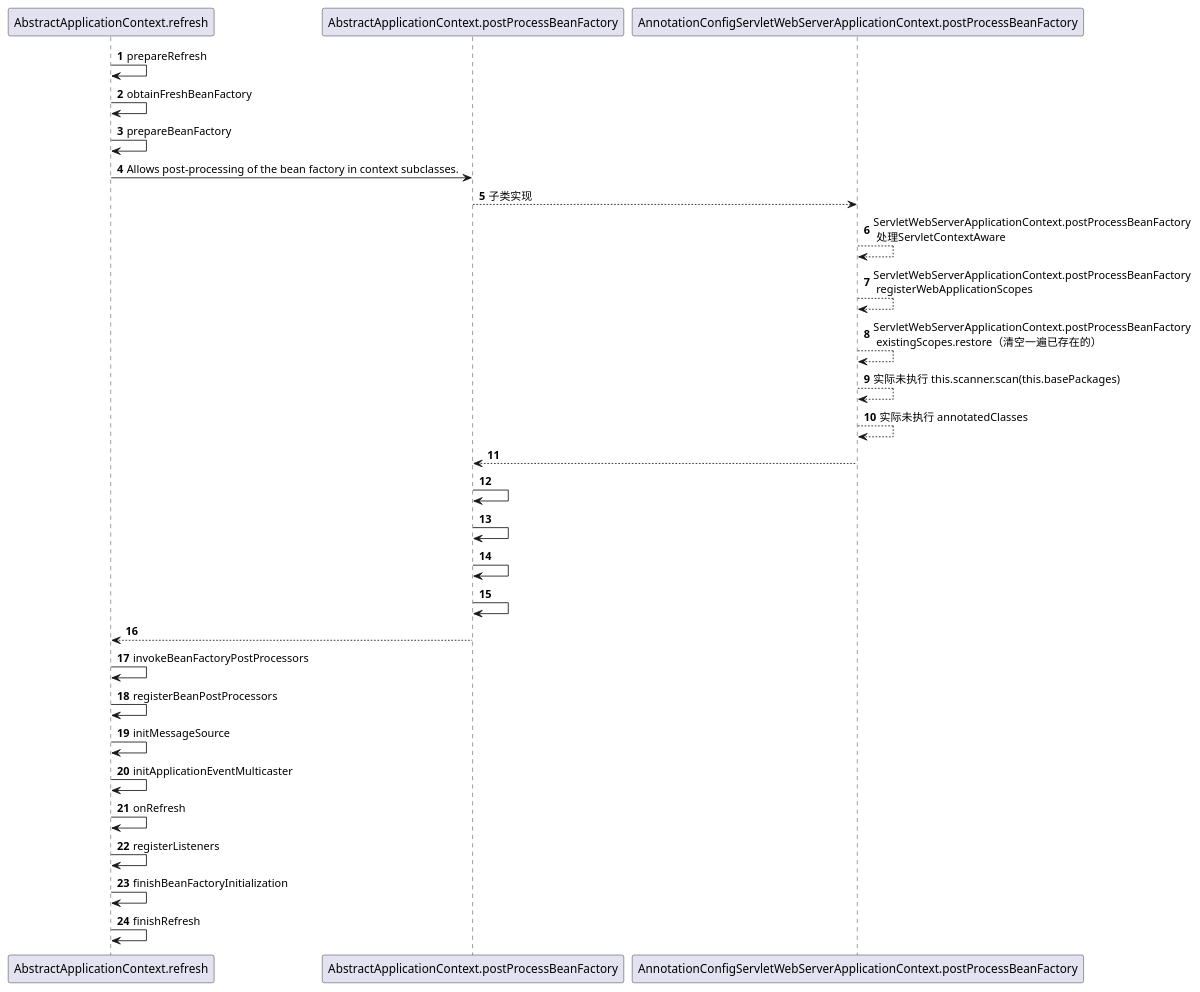
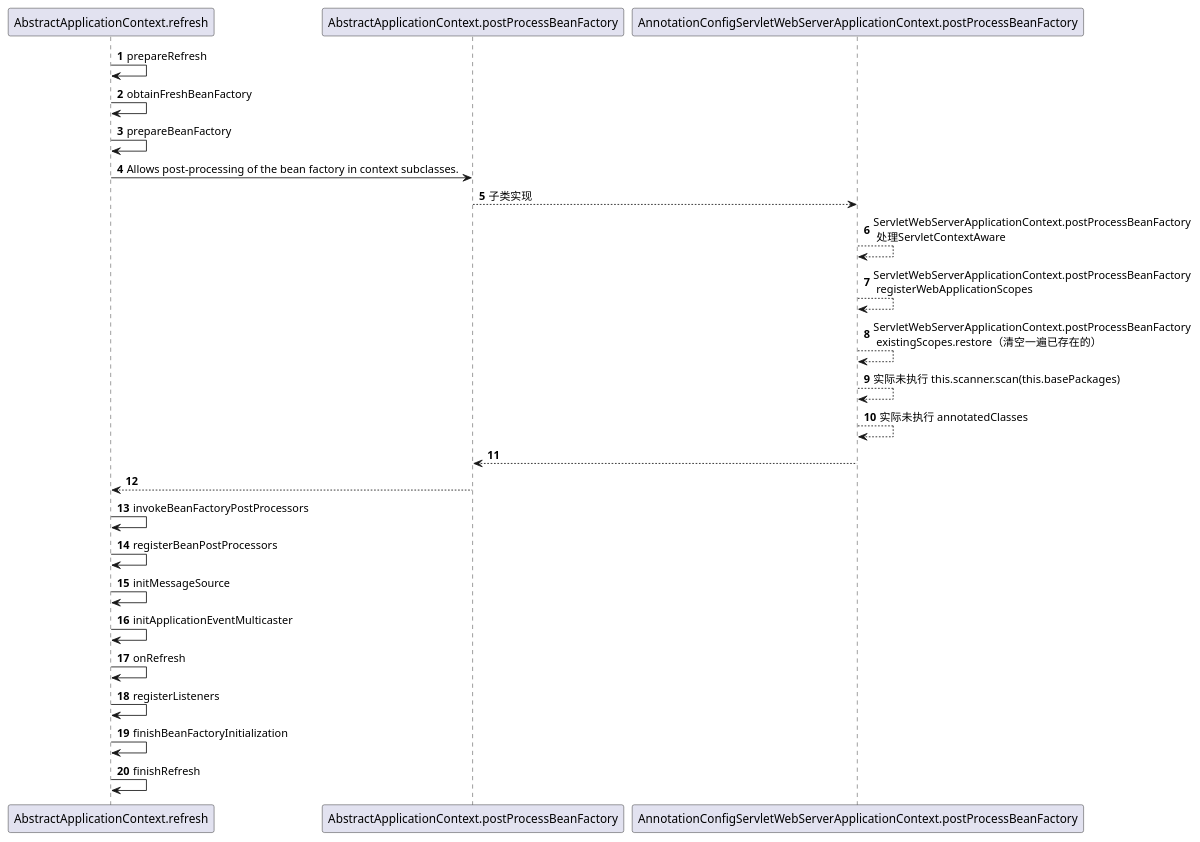
The diagram in design/spring/Starter 3-3 Post Process BeanFactory.puml (walklown/daily-code), drawn with PlantUML before and after one commit. The commit also changed 10 other files, not shown here.

Commit message:
增加BeanFactoryPostProcessor处理

```diff
--- a/design/spring/Starter 3-3 Post Process BeanFactory.puml
+++ b/design/spring/Starter 3-3 Post Process BeanFactory.puml
@@ -1,31 +1,27 @@
 @startuml
 'https://plantuml.com/sequence-diagram
 
 autonumber
 
 AbstractApplicationContext.refresh -> AbstractApplicationContext.refresh : prepareRefresh
 AbstractApplicationContext.refresh -> AbstractApplicationContext.refresh : obtainFreshBeanFactory
 AbstractApplicationContext.refresh -> AbstractApplicationContext.refresh : prepareBeanFactory
 AbstractApplicationContext.refresh -> AbstractApplicationContext.postProcessBeanFactory : Allows post-processing of the bean factory in context subclasses.
 AbstractApplicationContext.postProcessBeanFactory --> AnnotationConfigServletWebServerApplicationContext.postProcessBeanFactory : 子类实现
 AnnotationConfigServletWebServerApplicationContext.postProcessBeanFactory --> AnnotationConfigServletWebServerApplicationContext.postProcessBeanFactory : ServletWebServerApplicationContext.postProcessBeanFactory\n 处理ServletContextAware
 AnnotationConfigServletWebServerApplicationContext.postProcessBeanFactory --> AnnotationConfigServletWebServerApplicationContext.postProcessBeanFactory : ServletWebServerApplicationContext.postProcessBeanFactory\n registerWebApplicationScopes
 AnnotationConfigServletWebServerApplicationContext.postProcessBeanFactory --> AnnotationConfigServletWebServerApplicationContext.postProcessBeanFactory : ServletWebServerApplicationContext.postProcessBeanFactory\n existingScopes.restore（清空一遍已存在的）
 AnnotationConfigServletWebServerApplicationContext.postProcessBeanFactory --> AnnotationConfigServletWebServerApplicationContext.postProcessBeanFactory : 实际未执行 this.scanner.scan(this.basePackages)
 AnnotationConfigServletWebServerApplicationContext.postProcessBeanFactory --> AnnotationConfigServletWebServerApplicationContext.postProcessBeanFactory : 实际未执行 annotatedClasses
 AnnotationConfigServletWebServerApplicationContext.postProcessBeanFactory --> AbstractApplicationContext.postProcessBeanFactory :
-AbstractApplicationContext.postProcessBeanFactory -> AbstractApplicationContext.postProcessBeanFactory :
-AbstractApplicationContext.postProcessBeanFactory -> AbstractApplicationContext.postProcessBeanFactory :
-AbstractApplicationContext.postProcessBeanFactory -> AbstractApplicationContext.postProcessBeanFactory :
-AbstractApplicationContext.postProcessBeanFactory -> AbstractApplicationContext.postProcessBeanFactory :
 AbstractApplicationContext.postProcessBeanFactory --> AbstractApplicationContext.refresh
 AbstractApplicationContext.refresh -> AbstractApplicationContext.refresh : invokeBeanFactoryPostProcessors
 AbstractApplicationContext.refresh -> AbstractApplicationContext.refresh : registerBeanPostProcessors
 AbstractApplicationContext.refresh -> AbstractApplicationContext.refresh : initMessageSource
 AbstractApplicationContext.refresh -> AbstractApplicationContext.refresh : initApplicationEventMulticaster
 AbstractApplicationContext.refresh -> AbstractApplicationContext.refresh : onRefresh
 AbstractApplicationContext.refresh -> AbstractApplicationContext.refresh : registerListeners
 AbstractApplicationContext.refresh -> AbstractApplicationContext.refresh : finishBeanFactoryInitialization
 AbstractApplicationContext.refresh -> AbstractApplicationContext.refresh : finishRefresh
 
 @enduml
```
